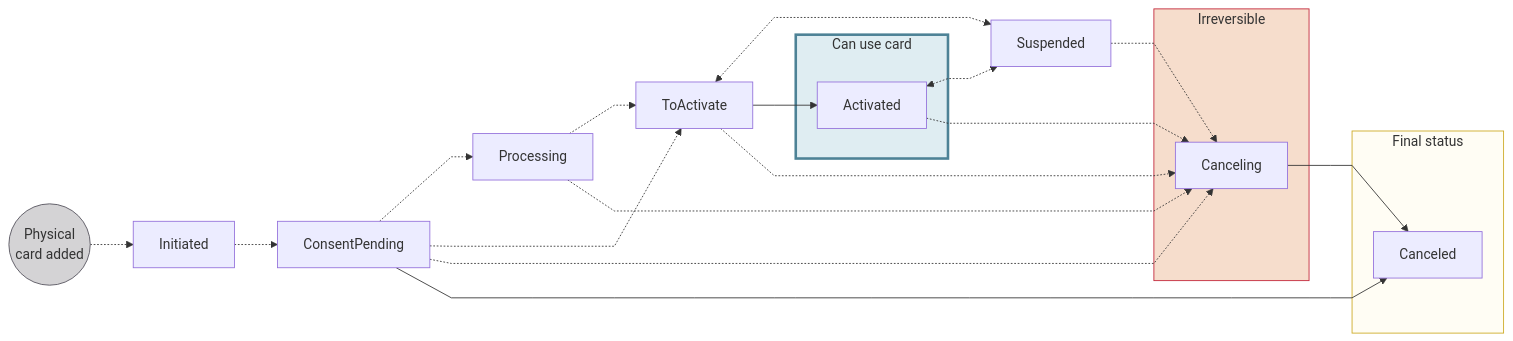
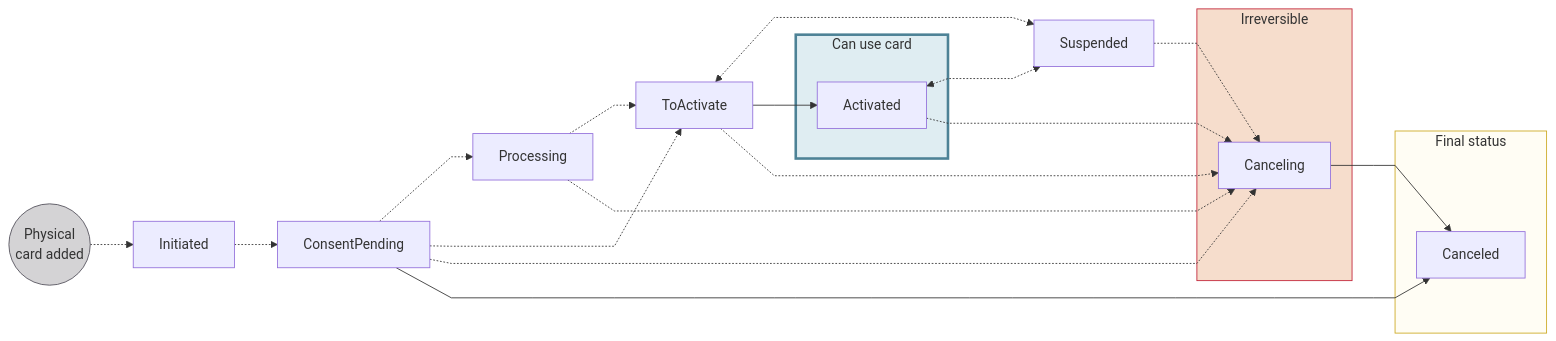
The diagram in docs/topics/cards/physical/index.mdx (swan-io/docs), drawn with Mermaid before and after one commit. The commit also changed other lines of this file and 6 other files, not shown here.

````diff
--- a/docs/topics/cards/physical/index.mdx
+++ b/docs/topics/cards/physical/index.mdx
@@ -81,32 +81,32 @@
 ```mermaid
 %%{ init: { 'flowchart': { 'curve': 'linear' } } }%%
 flowchart LR
     PCA((Physical<br/>card added)) -.-> I[Initiated]
     TA <-.-> S
     I -.-> CP[ConsentPending]
     CP -.-> P[Processing]
     P -.-> TA[ToActivate]
     TA --> A[Activated]
-    A <-.-> S[Suspended]
+    A <-..-> S[Suspended]
+    A -.-> CL
     S -.-> CL[Canceling]
     CL --> CD[Canceled]
     CP -.-> TA
     CP -.-> CL
     CP --> CD
     P -.-> CL
     TA -.-> CL
-    A -.-> CL
     subgraph U[Can use card]
         A
     end
-        subgraph IR[Irreversible]
+    subgraph IR[Irreversible]
         CL
     end
     subgraph F[Final status]
         CD
     end
     style PCA fill:#D4D3D5,stroke:#514F59
     style F fill:#fffdf4,stroke:#cca922
     style U fill:#dfedf2,stroke:#4d8296,stroke-width:3px
     style IR fill:#f6ddcc,stroke:#c12236
 ```
````
